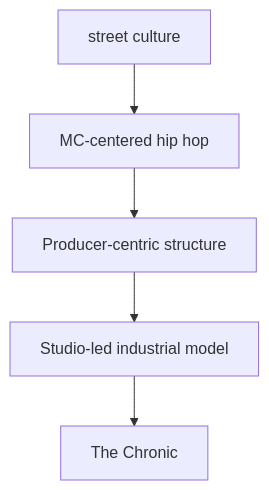
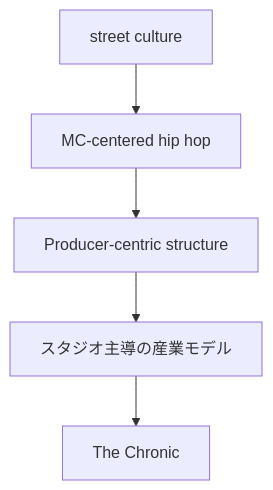
One commit to monumental-movement/monumental-movement.github.io changed the first of 10 diagrams in en/_posts/2026-07-02-column-influential-album-04.md. Above: the diagram before and after it, drawn with Mermaid. The commit also changed other lines of this file and 2196 other files, not shown here.

```diff
--- a/en/_posts/2026-07-02-column-influential-album-04.md
+++ b/en/_posts/2026-07-02-column-influential-album-04.md
@@ -91,11 +91,11 @@
 <div class="mermaid">
 flowchart TD
 A[street culture]
 B[MC-centered hip hop]
 C[Producer-centric structure]
-D[Studio-led industrial model]
+D[スタジオ主導の産業モデル]
 E[The Chronic]
 
 A --> B --> C --> D --> E
 
 </div>
```
